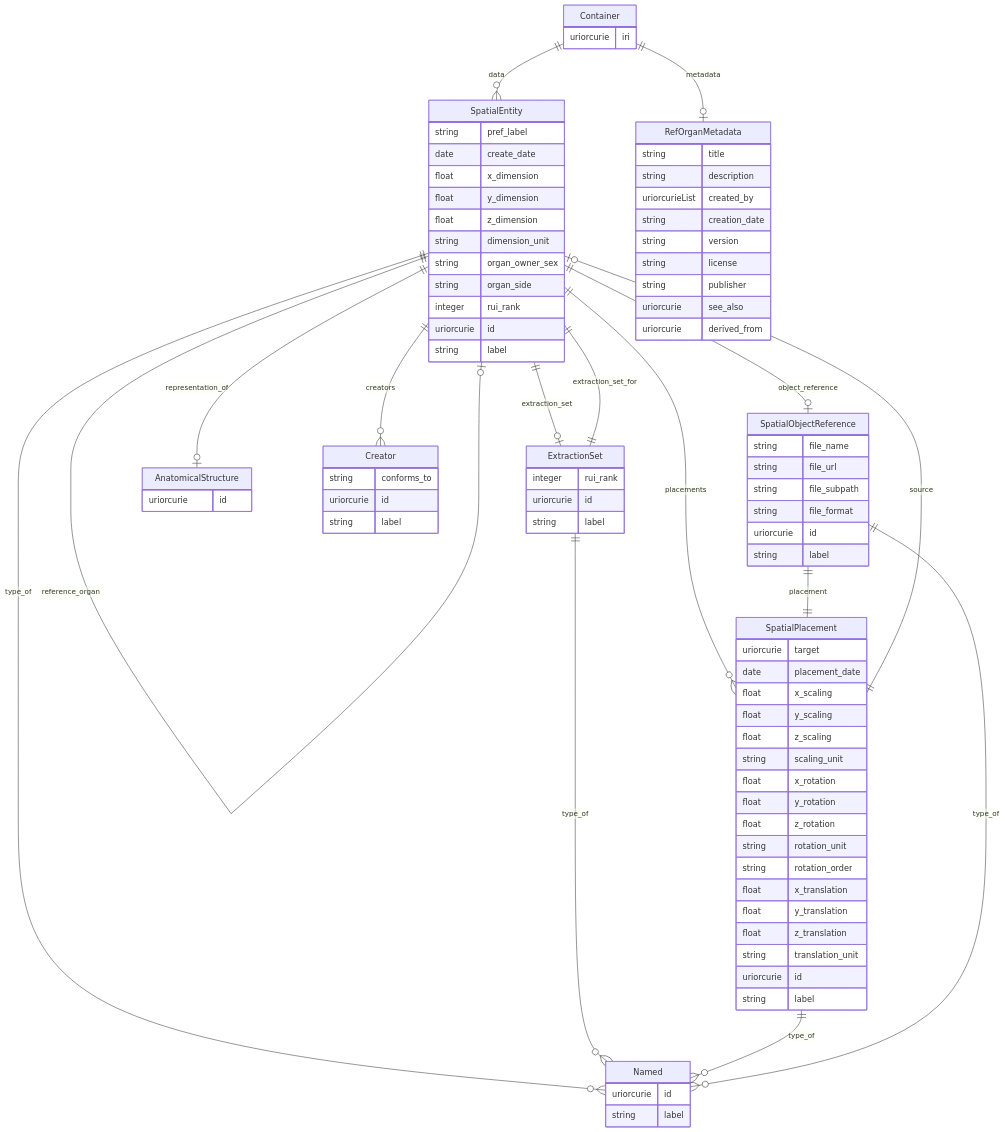
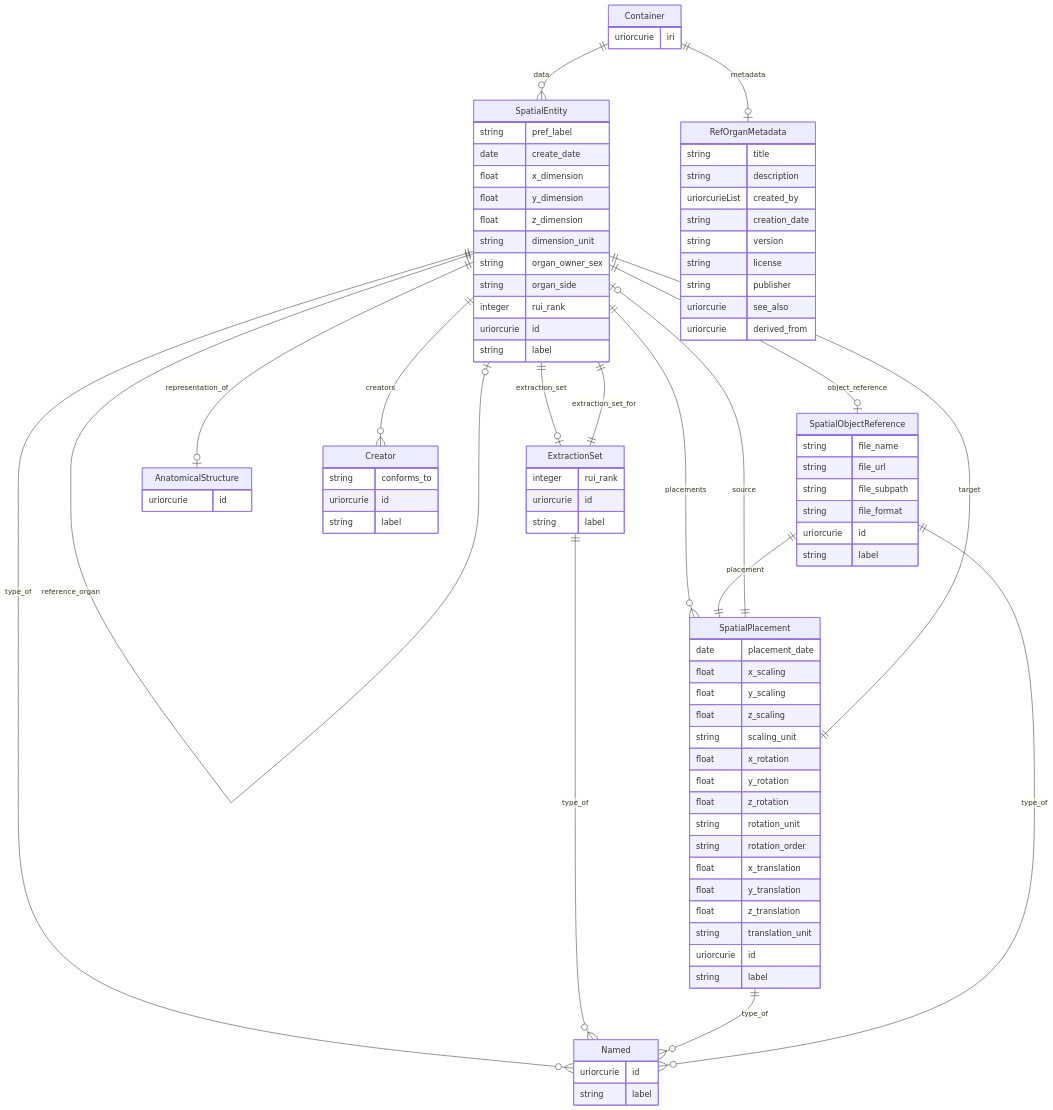
Diagram 14 of 18 in er-diagrams.md (hubmapconsortium/hra-do-processor), drawn with Mermaid before and after one commit. The commit also changed other lines of this file and 12 other files, not shown here.

```diff
--- a/er-diagrams.md
+++ b/er-diagrams.md
@@ -965,7 +1013,6 @@
     string label  
 }
 SpatialPlacement {
-    uriorcurie target  
     date placement_date  
     float x_scaling  
     float y_scaling  
@@ -1023,6 +1070,7 @@
 ExtractionSet ||--|| SpatialEntity : "extraction_set_for"
 ExtractionSet ||--}o Named : "type_of"
 SpatialPlacement ||--|o SpatialEntity : "source"
+SpatialPlacement ||--|| SpatialEntity : "target"
 SpatialPlacement ||--}o Named : "type_of"
 SpatialObjectReference ||--|| SpatialPlacement : "placement"
 SpatialObjectReference ||--}o Named : "type_of"
```
